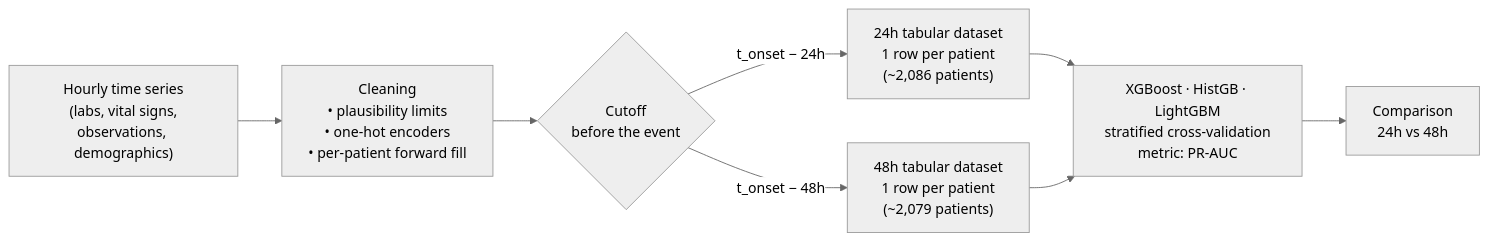
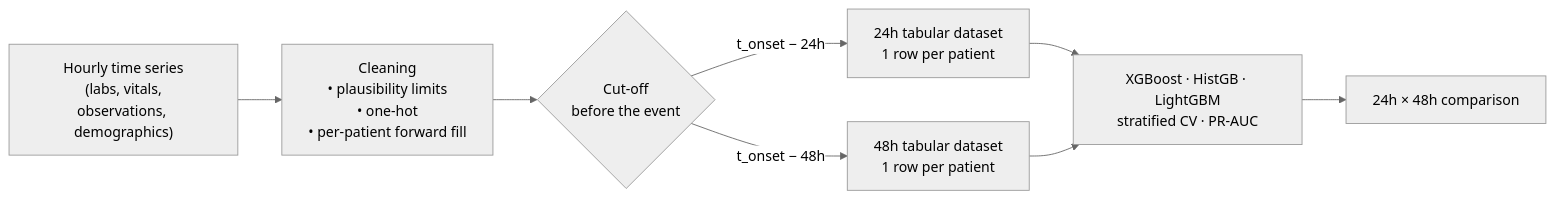
The first of 2 diagrams in README.en.md (JuscelinoCarvalho/DataScienceMBA), drawn with Mermaid (neutral theme) before and after one commit. The commit also changed other lines of this file and 15 other files, not shown here.

````diff
--- a/README.en.md
+++ b/README.en.md
@@ -59,10 +170,10 @@
 ```mermaid
 flowchart LR
-    A["Hourly time series<br/>(labs, vital signs,<br/>observations, demographics)"] --> B["Cleaning<br/>• plausibility limits<br/>• one-hot encoders<br/>• per-patient forward fill"]
-    B --> C{"Cutoff<br/>before the event"}
-    C -->|"t_onset − 24h"| D["24h tabular dataset<br/>1 row per patient<br/>(~2,086 patients)"]
-    C -->|"t_onset − 48h"| E["48h tabular dataset<br/>1 row per patient<br/>(~2,079 patients)"]
-    D --> F["XGBoost · HistGB · LightGBM<br/>stratified cross-validation<br/>metric: PR-AUC"]
+    A["Hourly time series<br/>(labs, vitals,<br/>observations, demographics)"] --> B["Cleaning<br/>• plausibility limits<br/>• one-hot<br/>• per-patient forward fill"]
+    B --> C{"Cut-off<br/>before the event"}
+    C -->|"t_onset − 24h"| D["24h tabular dataset<br/>1 row per patient"]
+    C -->|"t_onset − 48h"| E["48h tabular dataset<br/>1 row per patient"]
+    D --> F["XGBoost · HistGB · LightGBM<br/>stratified CV · PR-AUC"]
     E --> F
-    F --> G["Comparison<br/>24h vs 48h"]
+    F --> G["24h × 48h comparison"]
 ```
````
